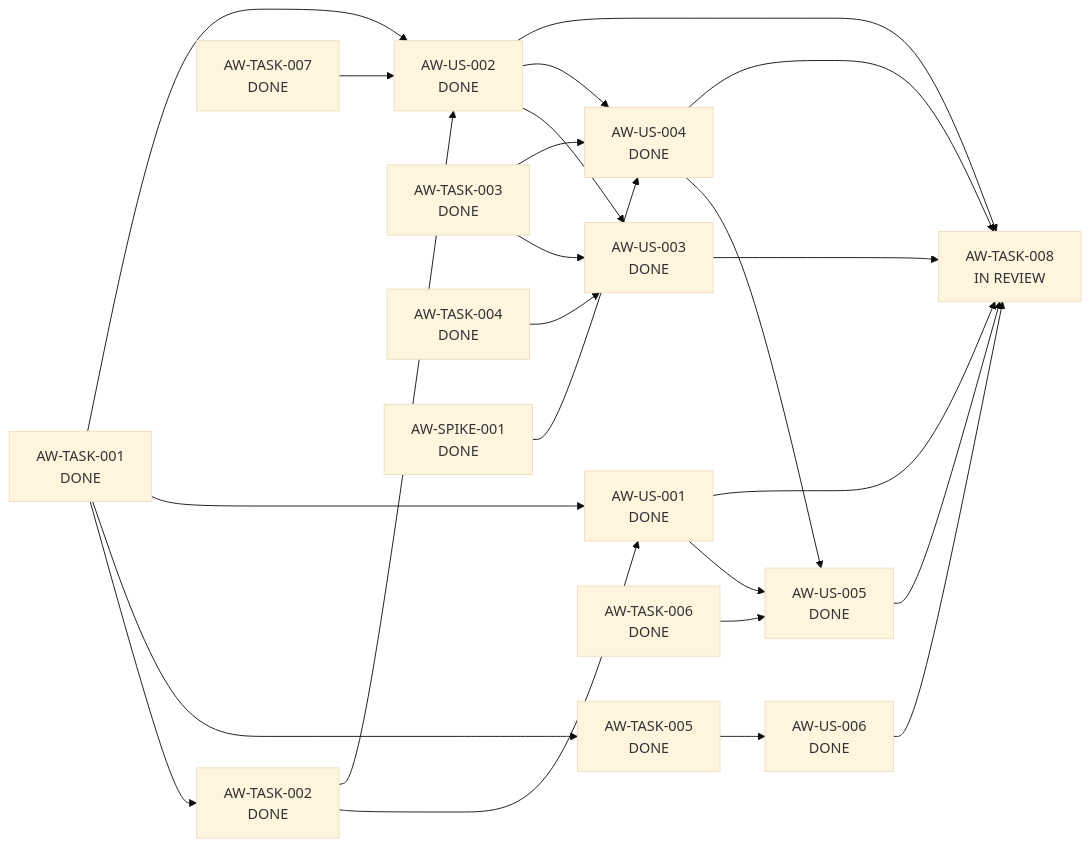
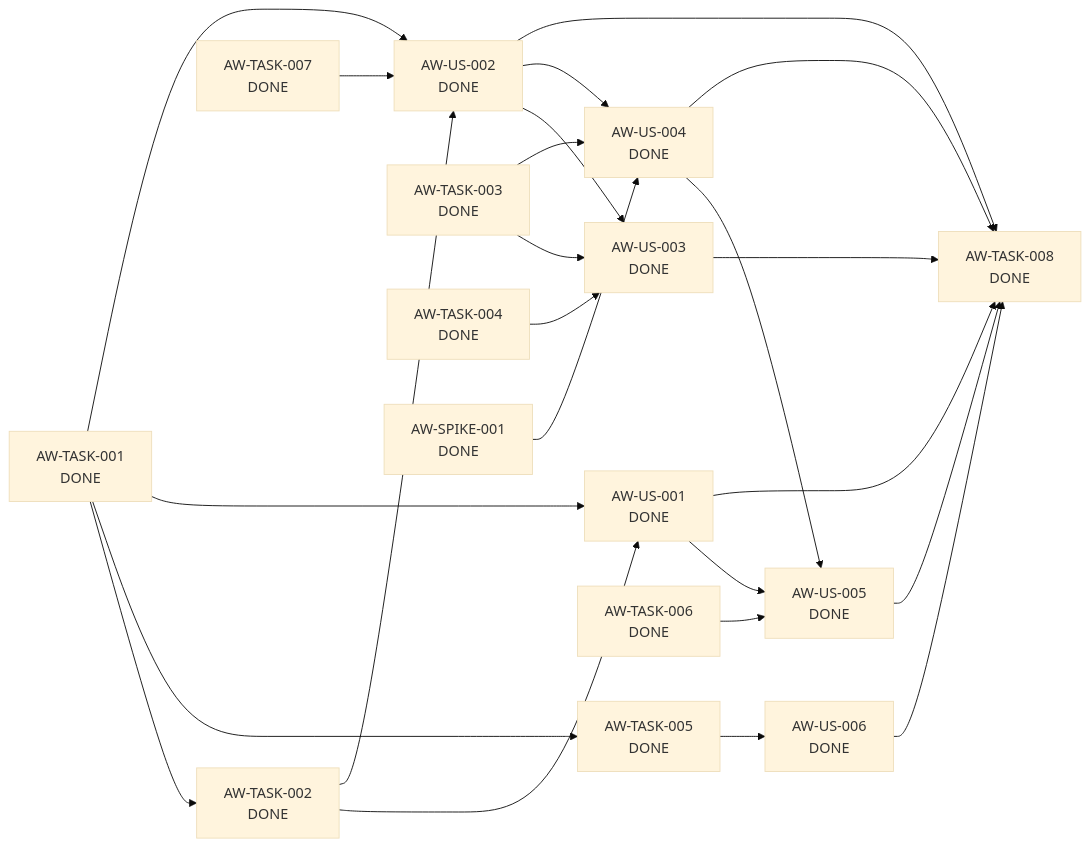
The diagram in docs/backlog/stories/01-annual-workspace/enablers-and-dependencies.md (adumun/personal-tax-ledger), drawn with Mermaid (base theme) before and after one commit. The commit also changed other lines of this file, not shown here.

````diff
--- a/docs/backlog/stories/01-annual-workspace/enablers-and-dependencies.md
+++ b/docs/backlog/stories/01-annual-workspace/enablers-and-dependencies.md
@@ -141,32 +141,32 @@
 ```mermaid
 flowchart LR
   T1[AW-TASK-001\nDONE] --> T2[AW-TASK-002\nDONE]
   T1 --> T5[AW-TASK-005\nDONE]
   T5 --> U6[AW-US-006\nDONE]
 
   T1 --> U1[AW-US-001\nDONE]
   T2 --> U1
 
   T1 --> U2[AW-US-002\nDONE]
   T2 --> U2
   T7[AW-TASK-007\nDONE] --> U2
 
   U2 --> U3[AW-US-003\nDONE]
   T3[AW-TASK-003\nDONE] --> U3
   T4[AW-TASK-004\nDONE] --> U3
 
   S1[AW-SPIKE-001\nDONE] --> U4[AW-US-004\nDONE]
   U2 --> U4
   T3 --> U4
 
   U1 --> U5[AW-US-005\nDONE]
   U4 --> U5
   T6[AW-TASK-006\nDONE] --> U5
 
-  U1 --> T8[AW-TASK-008\nIN REVIEW]
+  U1 --> T8[AW-TASK-008\nDONE]
   U2 --> T8
   U3 --> T8
   U4 --> T8
   U5 --> T8
   U6 --> T8
 ```
````
